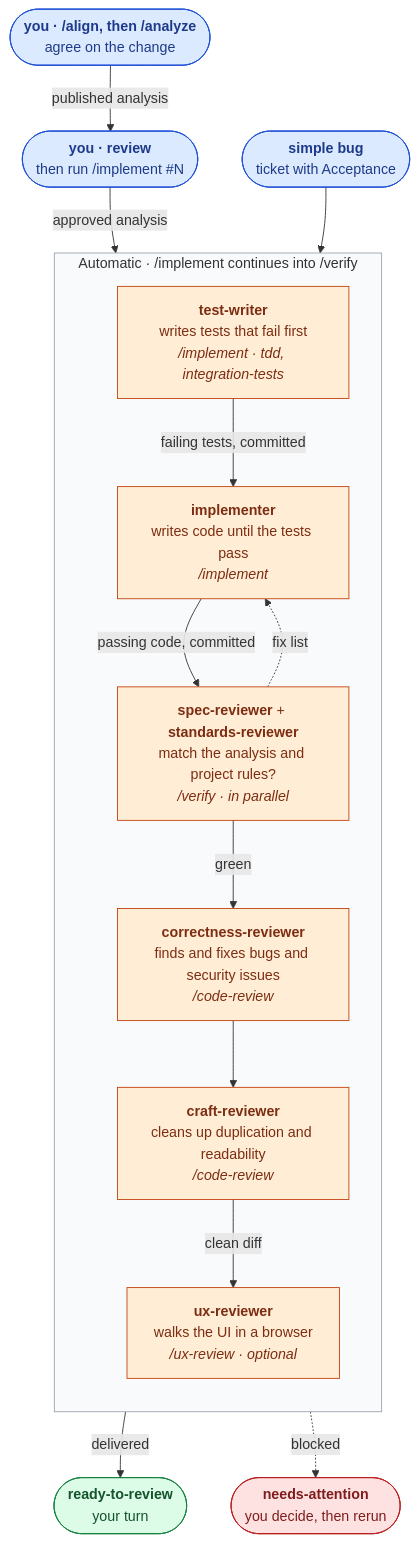
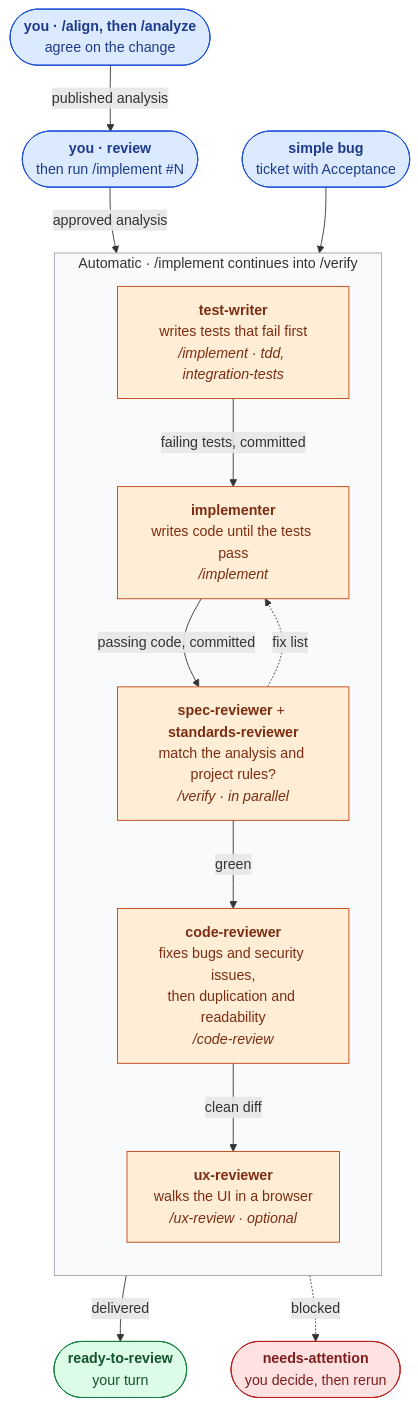
Before and after one commit to rdurica/enterprise-engineering-skills: the diagram in README.md, drawn with Mermaid. The commit also changed other lines of this file and 8 other files, not shown here.

````diff
--- a/README.md
+++ b/README.md
@@ -22,41 +22,39 @@
 ```mermaid
 flowchart TD
     Align(["<b>you · /align, then /analyze</b><br/>agree on the change"])
     Review(["<b>you · review</b><br/>then run /implement #N"])
     Bug(["<b>simple bug</b><br/>ticket with Acceptance"])
 
     subgraph Auto["Automatic · /implement continues into /verify"]
         direction TB
         testWriter["<b>test-writer</b><br/>writes tests that fail first<br/><i>/implement · tdd, integration-tests</i>"]
         implementer["<b>implementer</b><br/>writes code until the tests pass<br/><i>/implement</i>"]
         functional["<b>spec-reviewer</b> + <b>standards-reviewer</b><br/>match the analysis and project rules?<br/><i>/verify · in parallel</i>"]
-        correctness["<b>correctness-reviewer</b><br/>finds and fixes bugs and security issues<br/><i>/code-review</i>"]
-        craft["<b>craft-reviewer</b><br/>cleans up duplication and readability<br/><i>/code-review</i>"]
+        codeReview["<b>code-reviewer</b><br/>fixes bugs and security issues,<br/>then duplication and readability<br/><i>/code-review</i>"]
         ux["<b>ux-reviewer</b><br/>walks the UI in a browser<br/><i>/ux-review · optional</i>"]
 
         testWriter -- "failing tests, committed" --> implementer
         implementer -- "passing code, committed" --> functional
         functional -. "fix list" .-> implementer
-        functional -- "green" --> correctness
-        correctness --> craft
-        craft -- "clean diff" --> ux
+        functional -- "green" --> codeReview
+        codeReview -- "clean diff" --> ux
     end
 
     Ready(["<b>ready-to-review</b><br/>your turn"])
     Attention(["<b>needs-attention</b><br/>you decide, then rerun"])
 
     Align -- "published analysis" --> Review -- "approved analysis" --> testWriter
     Bug --> testWriter
     ux -- "delivered" --> Ready
     Auto -. "blocked" .-> Attention
 
     classDef human fill:#dbeafe,stroke:#1d4ed8,color:#1e3a8a
     classDef agent fill:#ffedd5,stroke:#c2410c,color:#7c2d12
     classDef ready fill:#dcfce7,stroke:#15803d,color:#14532d
     classDef blocked fill:#fee2e2,stroke:#b91c1c,color:#7f1d1d
     class Align,Review,Bug human
-    class testWriter,implementer,functional,correctness,craft,ux agent
+    class testWriter,implementer,functional,codeReview,ux agent
     class Ready ready
     class Attention blocked
     style Auto fill:#f9fafb,stroke:#9ca3af
 ```
````
